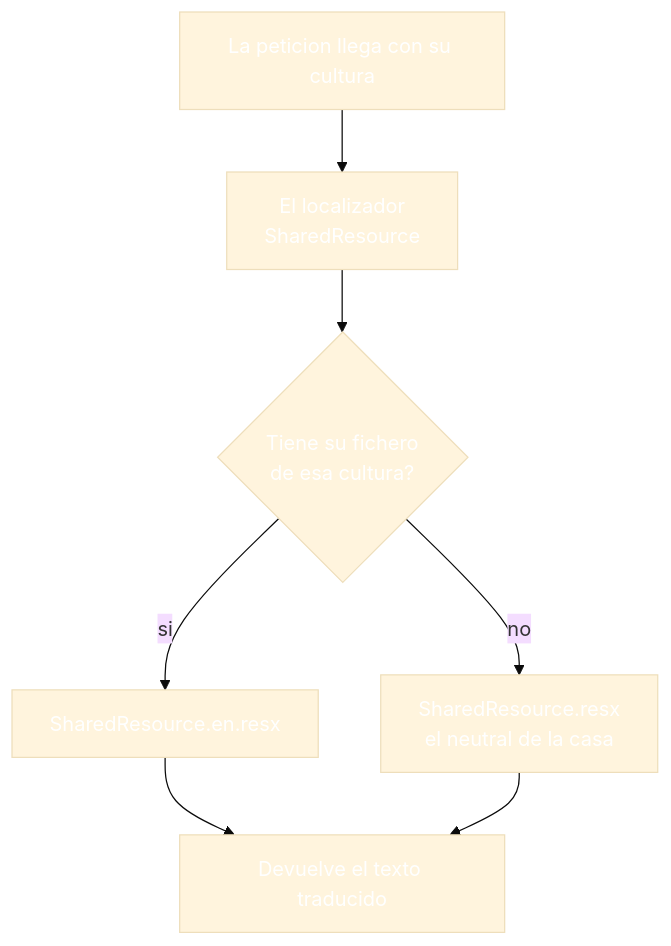
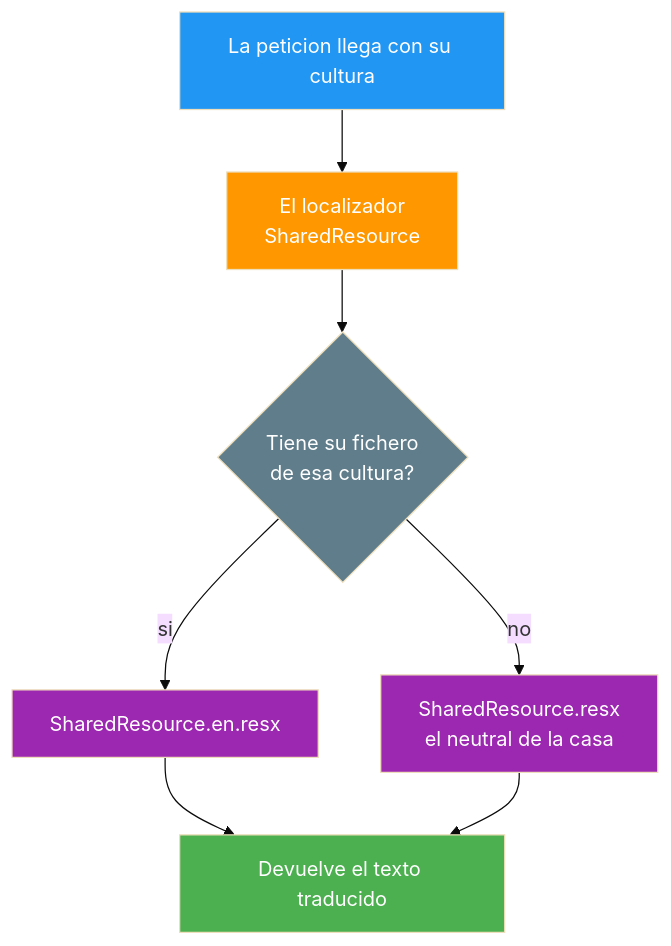
The second of 5 diagrams in 22-i18n-localizacion.md (joseluisgs/DesarrolloWebEntornosServidor-03-2026-2027), drawn with Mermaid (base theme) before and after one commit. The commit also changed other lines of this file and 25 other files, not shown here.

Commit message:
docs: corregir los estilos Mermaid de los temas y alinear el dominio del tema 25 con ProductosApp

````diff
--- a/22-i18n-localizacion.md
+++ b/22-i18n-localizacion.md
@@ -146,15 +146,15 @@
 ```mermaid
 graph TD
     P["La peticion llega con su cultura"] --> L["El localizador<br/>SharedResource"]
     L --> A{"Tiene su fichero<br/>de esa cultura?"}
     A -->|si| R["SharedResource.en.resx"]
     A -->|no| N["SharedResource.resx<br/>el neutral de la casa"]
     R --> T["Devuelve el texto traducido"]
     N --> T
-    style P fill:#2196F,color:#fff3,color:#fff
-    style L fill:#FF980,color:#fff0,color:#fff
-    style A fill:#607D8,color:#fffB,color:#fff
-    style R fill:#9C27B,color:#fff0,color:#fff
-    style N fill:#9C27B,color:#fff0,color:#fff
-    style T fill:#4CAF5,color:#fff0,color:#fff
+    style P fill:#2196F3,color:#fff
+    style L fill:#FF9800,color:#fff
+    style A fill:#607D8B,color:#fff
+    style R fill:#9C27B0,color:#fff
+    style N fill:#9C27B0,color:#fff
+    style T fill:#4CAF50,color:#fff
 ```
````
